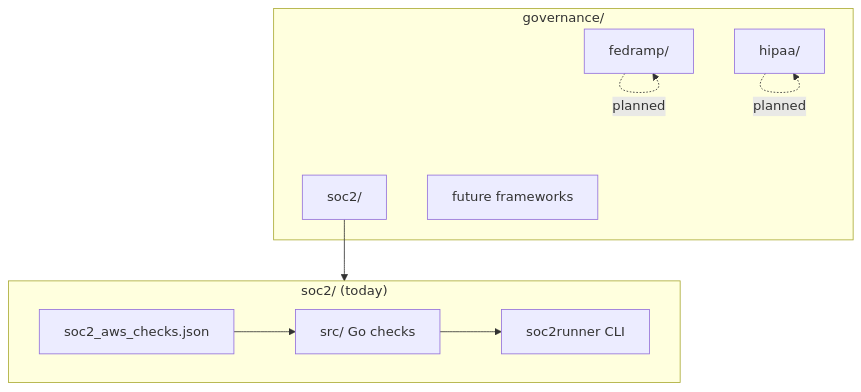
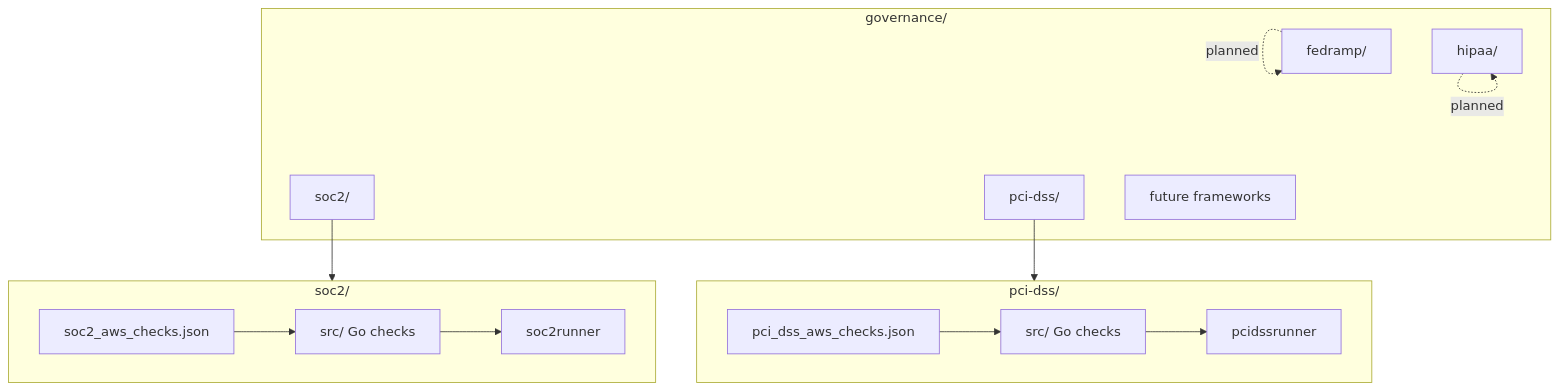
The diagram in README.md (armensuri/governance), drawn with Mermaid before and after one commit. The commit also changed other lines of this file and 105 other files, not shown here.

Commit message:
adding pci-dss

````diff
--- a/README.md
+++ b/README.md
@@ -43,20 +50,29 @@
 ```mermaid
 flowchart TB
     subgraph Governance["governance/"]
         SOC2[soc2/]
+        PCI[pci-dss/]
         FedRAMP[fedramp/]
         HIPAA[hipaa/]
         Future[future frameworks]
     end
 
-    subgraph SOC2Detail["soc2/ (today)"]
-        JSON[soc2_aws_checks.json]
-        Go[src/ Go checks]
-        CLI[soc2runner CLI]
+    subgraph SOC2Detail["soc2/"]
+        S2JSON[soc2_aws_checks.json]
+        S2Go[src/ Go checks]
+        S2CLI[soc2runner]
     end
 
-    JSON --> Go --> CLI
+    subgraph PCIDetail["pci-dss/"]
+        PJSON[pci_dss_aws_checks.json]
+        PGo[src/ Go checks]
+        PCLI[pcidssrunner]
+    end
+
+    S2JSON --> S2Go --> S2CLI
+    PJSON --> PGo --> PCLI
     SOC2 --> SOC2Detail
+    PCI --> PCIDetail
     FedRAMP -.->|planned| FedRAMP
     HIPAA -.->|planned| HIPAA
 ```
````
